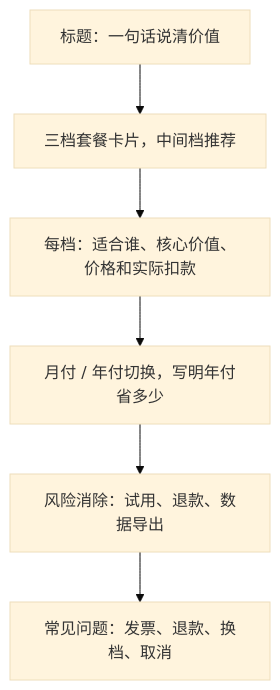
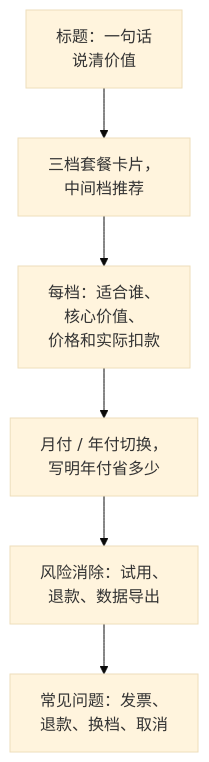
Before and after one commit to jarvis-pro/hatch-shelf: the diagram in books/pricing-monetization/03-pricing-psychology.md, drawn with Mermaid (base theme). The commit also changed 432 other files, not shown here.

````diff
--- a/books/pricing-monetization/03-pricing-psychology.md
+++ b/books/pricing-monetization/03-pricing-psychology.md
@@ -116,8 +116,8 @@
 ```mermaid
 flowchart TD
-  A["标题：一句话说清价值"] --> B["三档套餐卡片，中间档推荐"]
-  B --> C["每档：适合谁、核心价值、价格和实际扣款"]
-  C --> D["月付 / 年付切换，写明年付省多少"]
-  D --> E["风险消除：试用、退款、数据导出"]
-  E --> F["常见问题：发票、退款、换档、取消"]
+  A["标题：一句话<br/>说清价值"] --> B["三档套餐卡片，<br/>中间档推荐"]
+  B --> C["每档：适合谁、<br/>核心价值、<br/>价格和实际扣款"]
+  C --> D["月付 / 年付切换，<br/>写明年付省多少"]
+  D --> E["风险消除：试用、<br/>退款、数据导出"]
+  E --> F["常见问题：发票、<br/>退款、换档、取消"]
 ```
````
